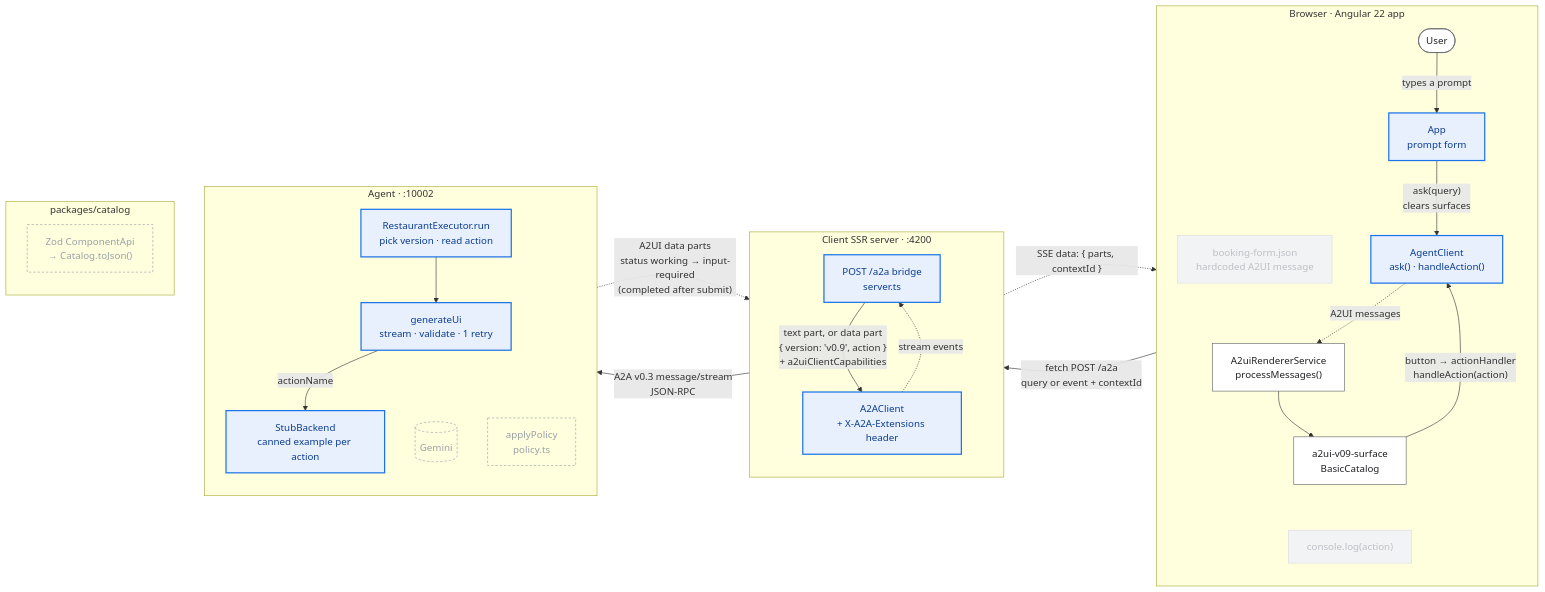
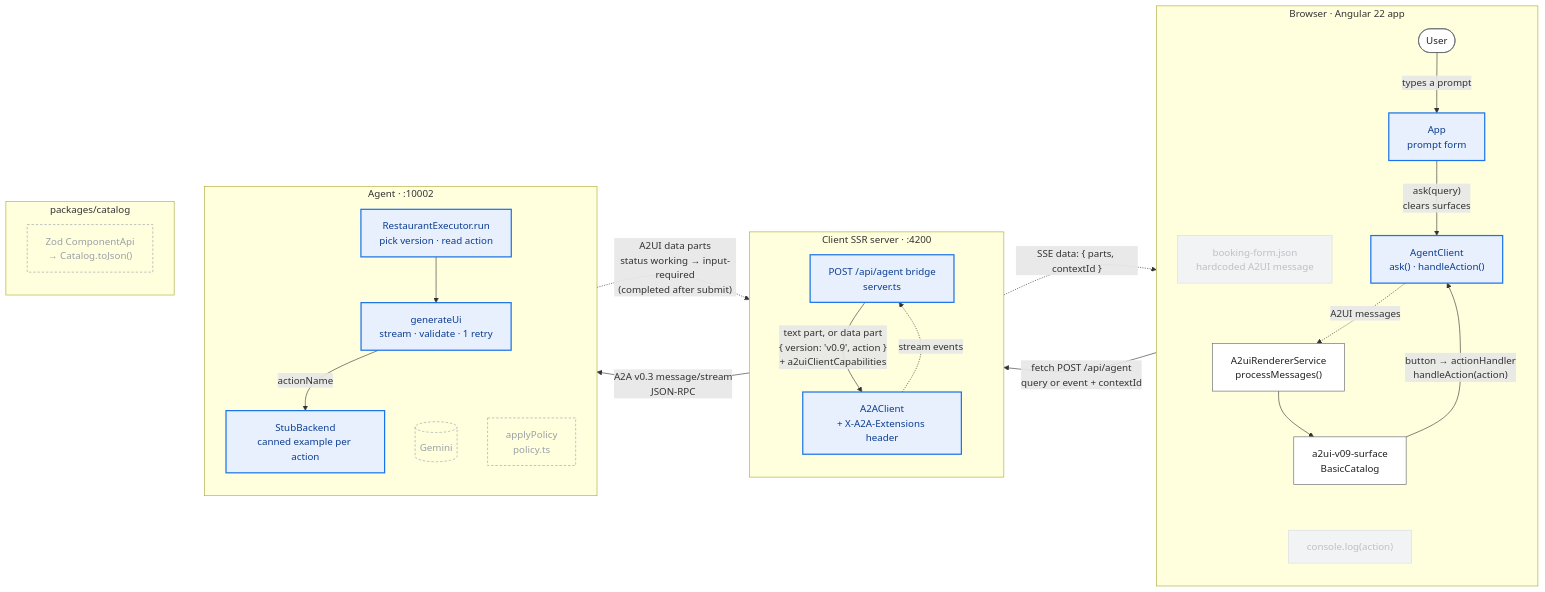
One commit to giorgiogalassi/talk-a2ui changed the second of 5 diagrams in demo/FLOW.md. Above: the diagram before and after it, drawn with Mermaid. The commit also changed other lines of this file and 24 other files, not shown here.

````diff
--- a/demo/FLOW.md
+++ b/demo/FLOW.md
@@ -89,60 +89,60 @@
 ```mermaid
 flowchart LR
   subgraph B["Browser · Angular 22 app"]
     direction TB
     U(["User"])
     APP["App<br/>prompt form"]
     HC["booking-form.json<br/>hardcoded A2UI message"]
     AC["AgentClient<br/>ask() · handleAction()"]
     R["A2uiRendererService<br/>processMessages()"]
     S["a2ui-v09-surface<br/>BasicCatalog"]
     LOG["console.log(action)"]
   end
   subgraph SV["Client SSR server · :4200"]
     direction TB
-    BR["POST /a2a bridge<br/>server.ts"]
+    BR["POST /api/agent bridge<br/>server.ts"]
     AX["A2AClient<br/>+ X-A2A-Extensions header"]
   end
   subgraph AG["Agent · :10002"]
     direction TB
     EX["RestaurantExecutor.run<br/>pick version · read action"]
     GEN["generateUi<br/>stream · validate · 1 retry"]
     STUB["StubBackend<br/>canned example per action"]
     LLM[("Gemini")]
     POL["applyPolicy<br/>policy.ts"]
   end
   subgraph PK["packages/catalog"]
     direction TB
     CAT["Zod ComponentApi<br/>→ Catalog.toJson()"]
   end
 
   U -->|"types a prompt"| APP
   APP -->|"ask(query)<br/>clears surfaces"| AC
   HC ~~~ R
-  AC -->|"fetch POST /a2a<br/>query or event + contextId"| BR
+  AC -->|"fetch POST /api/agent<br/>query or event + contextId"| BR
   BR -->|"text part, or data part<br/>{ version: 'v0.9', action }<br/>+ a2uiClientCapabilities"| AX
   AX -->|"A2A v0.3 message/stream<br/>JSON-RPC"| EX
   EX --> GEN
   GEN -->|"actionName"| STUB
   GEN ~~~ LLM
   GEN -.->|"A2UI data parts<br/>status working → input-required<br/>(completed after submit)"| AX
   AX -.->|"stream events"| BR
   BR -.->|"SSE data: { parts, contextId }"| AC
   AC -.->|"A2UI messages"| R
   R --> S
   S -->|"button → actionHandler<br/>handleAction(action)"| AC
   S ~~~ LOG
   GEN ~~~ POL
   POL ~~~ AX
   CAT ~~~ GEN
   CAT ~~~ S
 
   classDef todo fill:none,stroke:#9aa0a6,stroke-dasharray:4 3,color:#9aa0a6
   classDef new fill:#e8f0fe,stroke:#1a73e8,stroke-width:2px,color:#0b3d91
   classDef done fill:#ffffff,stroke:#5f6368,color:#202124
   classDef gone fill:#f1f3f4,stroke:#dadce0,color:#bdc1c6
   class APP,AC,BR,AX,EX,GEN,STUB new
   class U,R,S done
   class HC,LOG gone
   class LLM,POL,CAT todo
 ```
````
